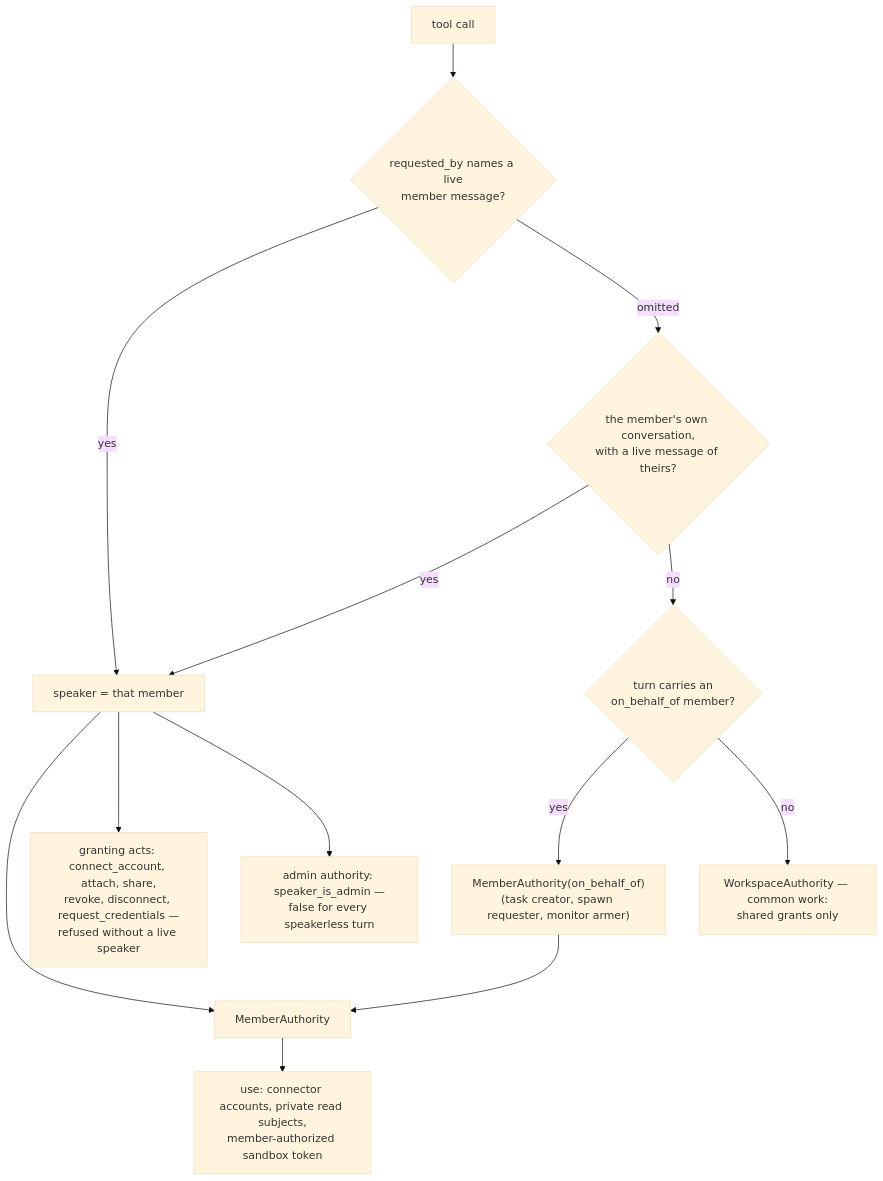
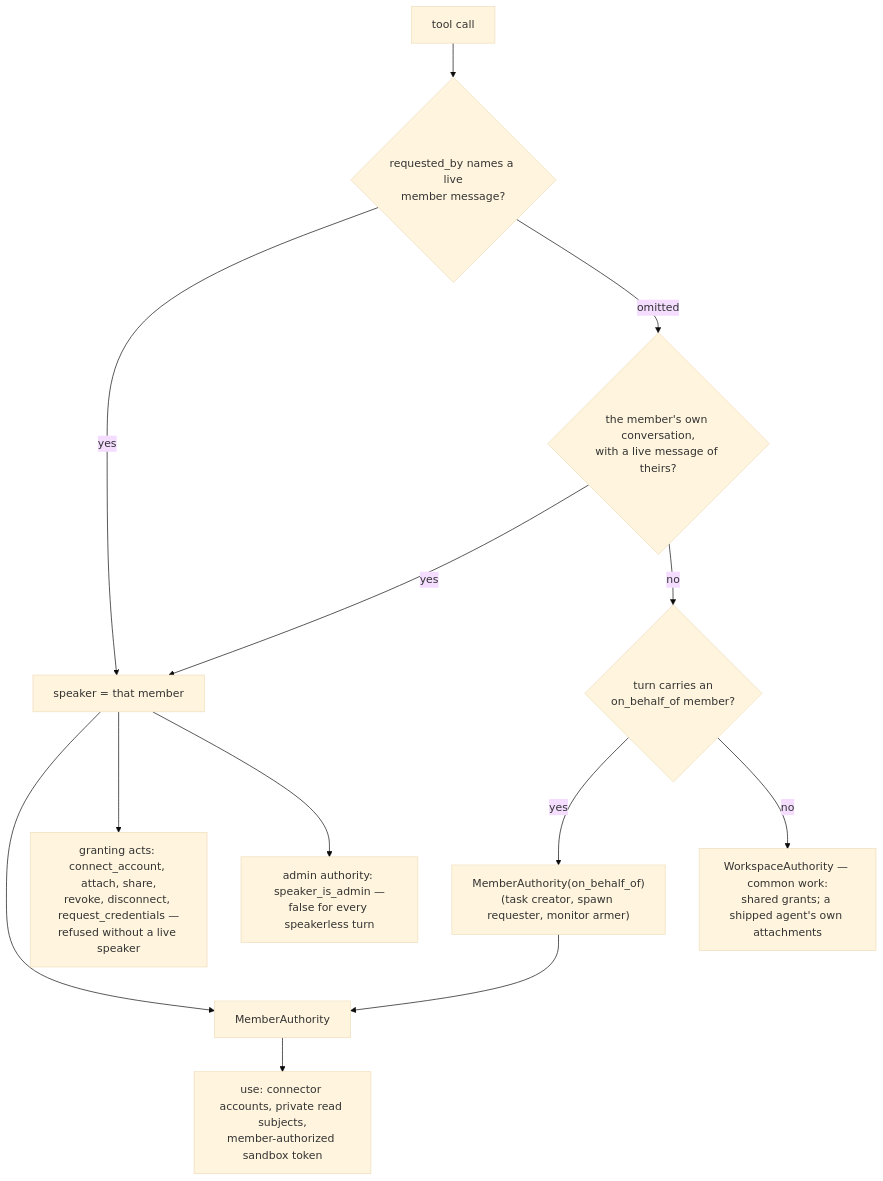
Before and after one commit to ufo-ai/ufo-core: the second of 5 diagrams in docs/permissions.md, drawn with Mermaid (base theme). The commit also changed other lines of this file and 207 other files, not shown here.

````diff
--- a/docs/permissions.md
+++ b/docs/permissions.md
@@ -75,15 +75,15 @@
 ```mermaid
 flowchart TD
     TC["tool call"] --> RB{"requested_by names a live<br/>member message?"}
     RB -->|yes| SP["speaker = that member"]
     RB -->|omitted| OWN{"the member's own conversation,<br/>with a live message of theirs?"}
     OWN -->|yes| SP
     OWN -->|no| OB{"turn carries an<br/>on_behalf_of member?"}
     OB -->|yes| BEH["MemberAuthority(on_behalf_of)<br/>(task creator, spawn requester, monitor armer)"]
-    OB -->|no| NONE["WorkspaceAuthority — common work:<br/>shared grants only"]
+    OB -->|no| NONE["WorkspaceAuthority — common work:<br/>shared grants; a shipped agent's own attachments"]
     SP --> ACT["MemberAuthority"]
     BEH --> ACT
     ACT --> USE["use: connector accounts, private read subjects,<br/>member-authorized sandbox token"]
     SP --> GR["granting acts: connect_account, attach, share,<br/>revoke, disconnect, request_credentials —<br/>refused without a live speaker"]
     SP --> AD["admin authority: speaker_is_admin —<br/>false for every speakerless turn"]
 ```
````
